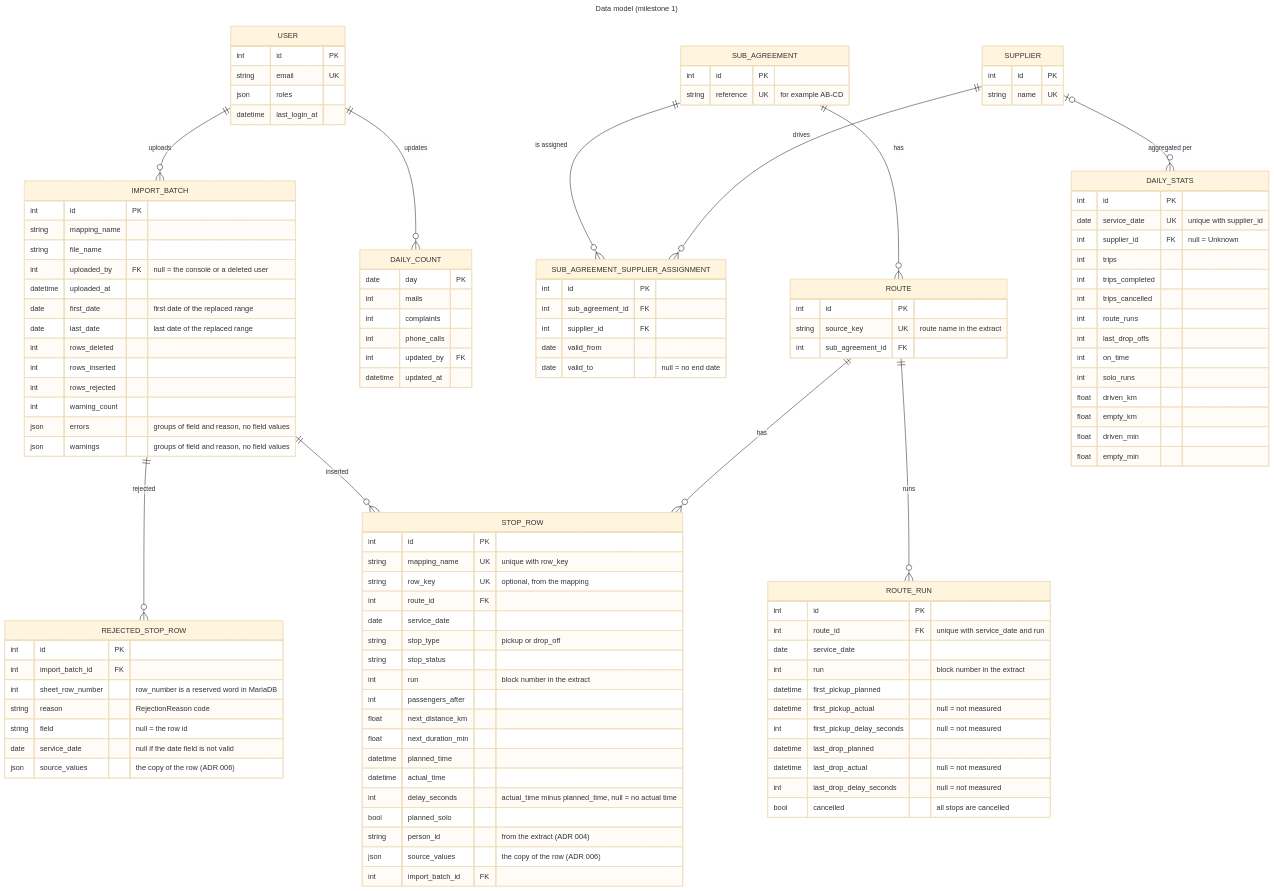
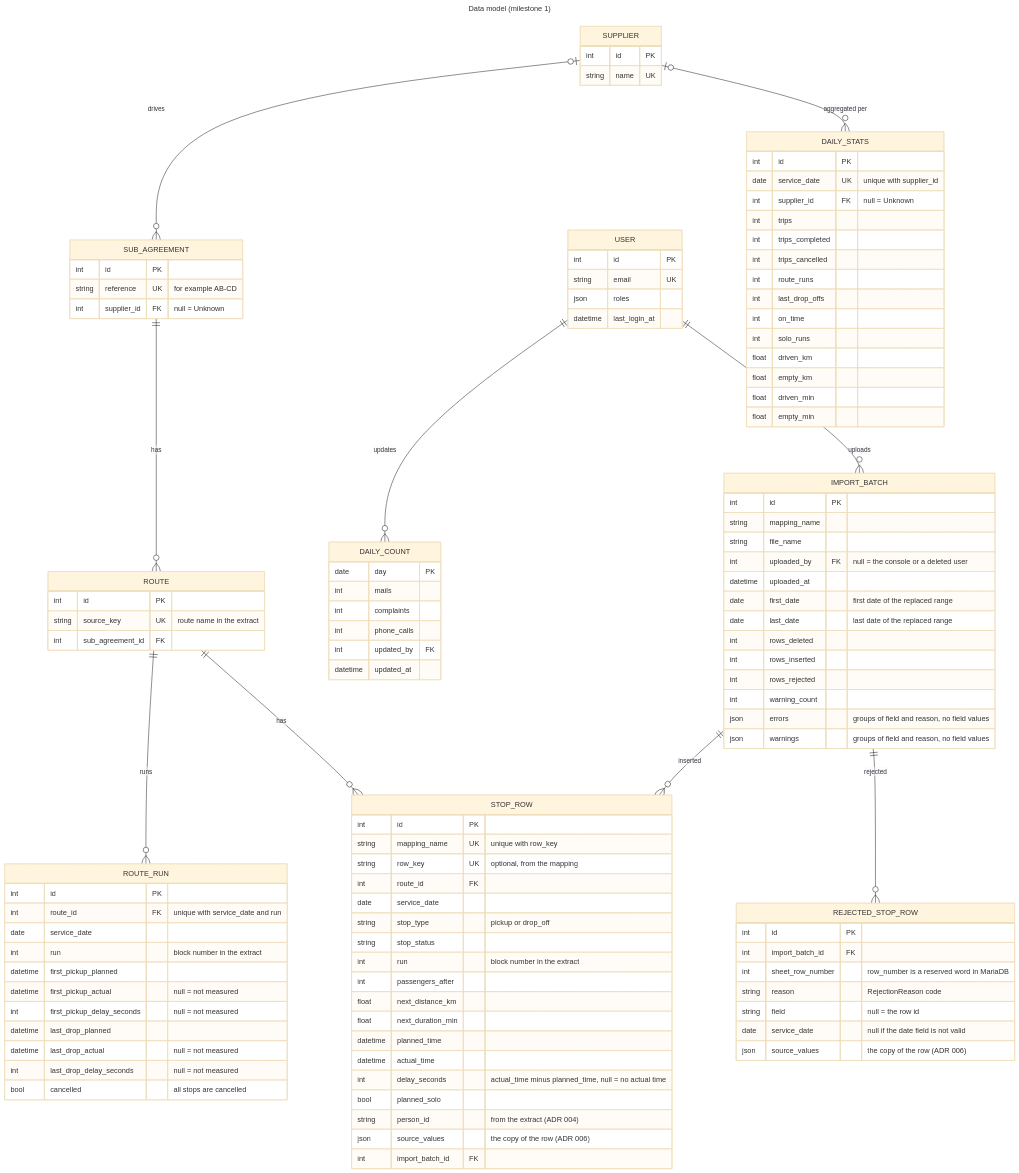
Before and after one commit to itk-dev/koerselsoverblik: the fourth of 7 diagrams in docs/architecture.md, drawn with Mermaid (base theme). The commit also changed other lines of this file and 40 other files, not shown here.

First line of the commit message:
feat: give each sub-agreement one supplier

```diff
--- a/docs/architecture.md
+++ b/docs/architecture.md
@@ -229,8 +228,7 @@
 erDiagram
     USER ||--o{ IMPORT_BATCH : "uploads"
     USER ||--o{ DAILY_COUNT : "updates"
-    SUPPLIER ||--o{ SUB_AGREEMENT_SUPPLIER_ASSIGNMENT : "drives"
-    SUB_AGREEMENT ||--o{ SUB_AGREEMENT_SUPPLIER_ASSIGNMENT : "is assigned"
+    SUPPLIER |o--o{ SUB_AGREEMENT : "drives"
     SUB_AGREEMENT ||--o{ ROUTE : "has"
     ROUTE ||--o{ ROUTE_RUN : "runs"
     ROUTE ||--o{ STOP_ROW : "has"
@@ -251,18 +249,12 @@
     SUB_AGREEMENT {
         int id PK
         string reference UK "for example AB-CD"
+        int supplier_id FK "null = Unknown"
     }
     ROUTE {
         int id PK
         string source_key UK "route name in the extract"
         int sub_agreement_id FK
-    }
-    SUB_AGREEMENT_SUPPLIER_ASSIGNMENT {
-        int id PK
-        int sub_agreement_id FK
-        int supplier_id FK
-        date valid_from
-        date valid_to "null = no end date"
     }
     IMPORT_BATCH {
         int id PK
```
